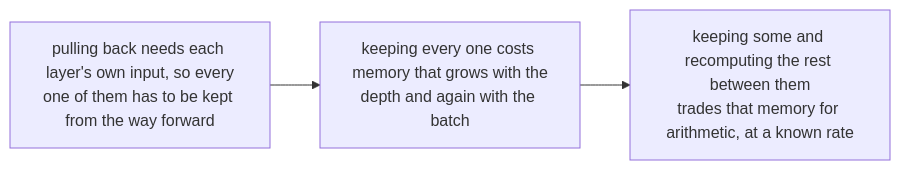
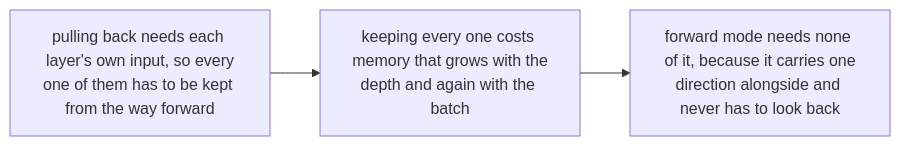
The diagram in figures/mermaid/en/p16-keep-or-recompute.mmd (konradcinkusz/math-for-ai-engineers), drawn with Mermaid before and after one commit. The commit also changed 26 other files, not shown here.

```diff
--- a/figures/mermaid/en/p16-keep-or-recompute.mmd
+++ b/figures/mermaid/en/p16-keep-or-recompute.mmd
@@ -1,4 +1,4 @@
 flowchart LR
   A["pulling back needs each layer's own input, so every<br/>one of them has to be kept from the way forward"]
   A --> B["keeping every one costs memory that grows with the<br/>depth and again with the batch"]
-  B --> C["keeping some and recomputing the rest between them<br/>trades that memory for arithmetic, at a known rate"]
+  B --> C["forward mode needs none of it, because it carries one<br/>direction alongside and never has to look back"]
```
